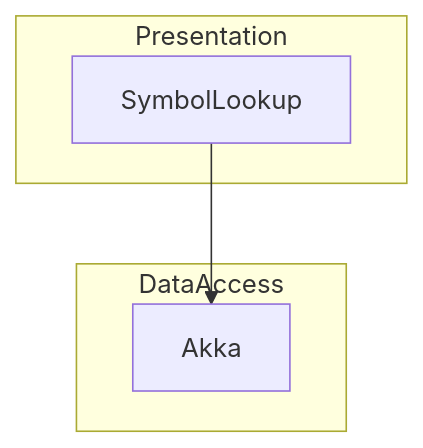
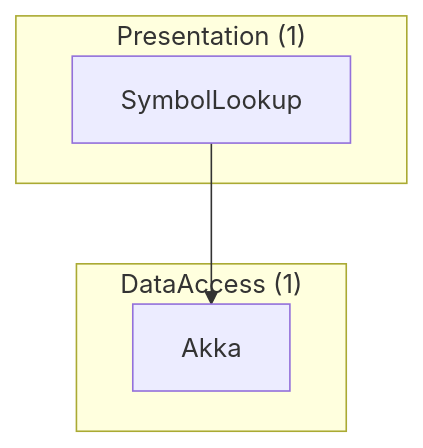
One commit to GanizaniSitara/tools-static-analysis changed the seventh of 7 diagrams in output-akkanet/docs/diagrams/all-diagrams.md. Above: the diagram before and after it, drawn with Mermaid. The commit also changed 60 other files, not shown here.

Commit message:
Regenerate all outputs with vertical grouped E2E flow diagrams

````diff
--- a/output-akkanet/docs/diagrams/all-diagrams.md
+++ b/output-akkanet/docs/diagrams/all-diagrams.md
@@ -559,10 +559,10 @@
 ```mermaid
 graph TD
-    subgraph sg_Presentation["Presentation"]
+    subgraph sg_Presentation["Presentation (1)"]
         SymbolLookup["SymbolLookup"]
     end
-    subgraph sg_DataAccess["DataAccess"]
+    subgraph sg_DataAccess["DataAccess (1)"]
         Akka["Akka"]
     end
     SymbolLookup --> Akka
 ```
````
